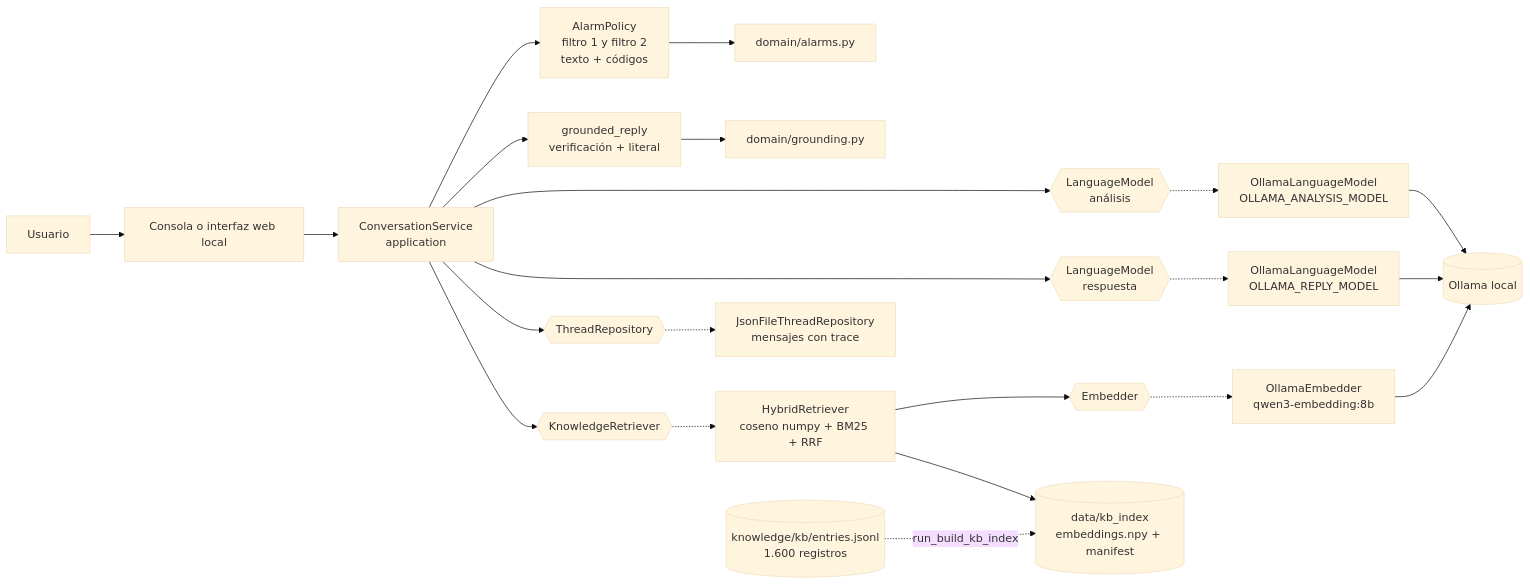
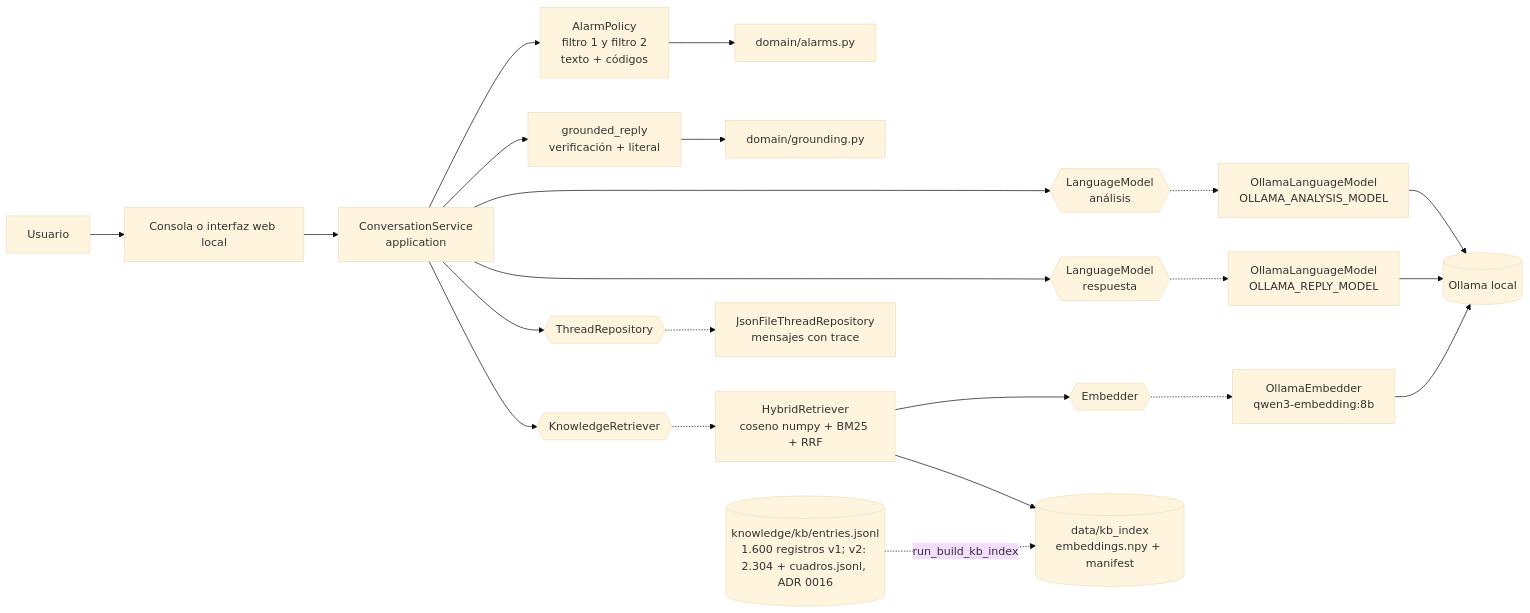
Before and after one commit to NicolasCastilloGaleano/chatbot-cardio-materno: the third of 5 diagrams in docs/02-arquitectura/arquitectura.md, drawn with Mermaid (base theme). The commit also changed 19 other files, not shown here.

````diff
--- a/docs/02-arquitectura/arquitectura.md
+++ b/docs/02-arquitectura/arquitectura.md
@@ -88,21 +88,21 @@
 ```mermaid
 flowchart LR
     U[Usuario] --> CC[Consola o interfaz web local]
     CC --> CS[ConversationService<br/>application]
     CS --> AP[AlarmPolicy<br/>filtro 1 y filtro 2<br/>texto + códigos]
     AP --> DA[domain/alarms.py]
     CS --> AN{{LanguageModel<br/>análisis}}
     CS --> KR{{KnowledgeRetriever}}
     CS --> RE{{LanguageModel<br/>respuesta}}
     CS --> TR{{ThreadRepository}}
     CS --> GR[grounded_reply<br/>verificación + literal]
     GR --> DG[domain/grounding.py]
     AN -.-> OL1[OllamaLanguageModel<br/>OLLAMA_ANALYSIS_MODEL]
     RE -.-> OL2[OllamaLanguageModel<br/>OLLAMA_REPLY_MODEL]
     KR -.-> HR[HybridRetriever<br/>coseno numpy + BM25 + RRF]
     HR --> EM{{Embedder}} -.-> OE[OllamaEmbedder<br/>qwen3-embedding:8b]
     HR --> VI[(data/kb_index<br/>embeddings.npy + manifest)]
-    KB[(knowledge/kb/entries.jsonl<br/>1.600 registros)] -. run_build_kb_index .-> VI
+    KB[(knowledge/kb/entries.jsonl<br/>1.600 registros v1; v2: 2.304 + cuadros.jsonl, ADR 0016)] -. run_build_kb_index .-> VI
     TR -.-> JR[JsonFileThreadRepository<br/>mensajes con trace]
     OL1 & OL2 & OE --> OLL[(Ollama local)]
 ```
````
